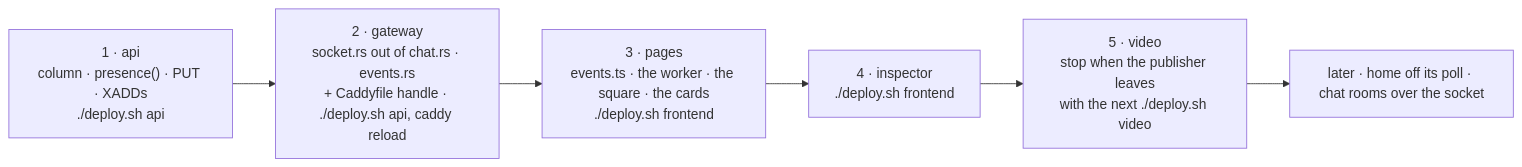
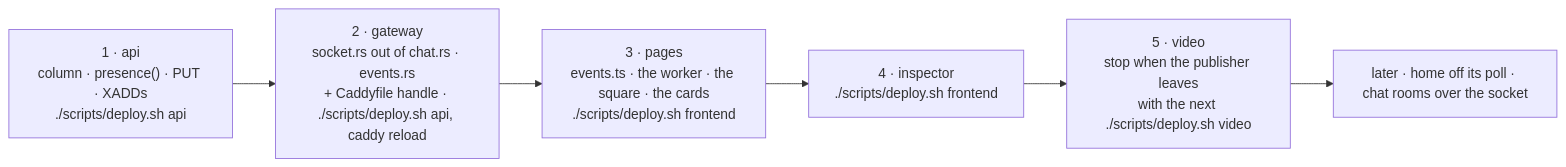
Before and after one commit to ZeroNerodaHero/slop-stream-architecture: the second of 2 diagrams in docs/transition.md, drawn with Mermaid. The commit also changed other lines of this file and 41 other files, not shown here.

````diff
--- a/docs/transition.md
+++ b/docs/transition.md
@@ -115,10 +115,10 @@
 ```mermaid
 flowchart LR
-  p1["1 · api<br/>column · presence() · PUT · XADDs<br/>./deploy.sh api"]
-  p2["2 · gateway<br/>socket.rs out of chat.rs · events.rs<br/>+ Caddyfile handle · ./deploy.sh api, caddy reload"]
-  p3["3 · pages<br/>events.ts · the worker · the square · the cards<br/>./deploy.sh frontend"]
-  p4["4 · inspector<br/>./deploy.sh frontend"]
-  p5["5 · video<br/>stop when the publisher leaves<br/>with the next ./deploy.sh video"]
+  p1["1 · api<br/>column · presence() · PUT · XADDs<br/>./scripts/deploy.sh api"]
+  p2["2 · gateway<br/>socket.rs out of chat.rs · events.rs<br/>+ Caddyfile handle · ./scripts/deploy.sh api, caddy reload"]
+  p3["3 · pages<br/>events.ts · the worker · the square · the cards<br/>./scripts/deploy.sh frontend"]
+  p4["4 · inspector<br/>./scripts/deploy.sh frontend"]
+  p5["5 · video<br/>stop when the publisher leaves<br/>with the next ./scripts/deploy.sh video"]
   p6["later · home off its poll · chat rooms over the socket"]
   p1 --> p2 --> p3 --> p4 --> p5 --> p6
 ```
````
